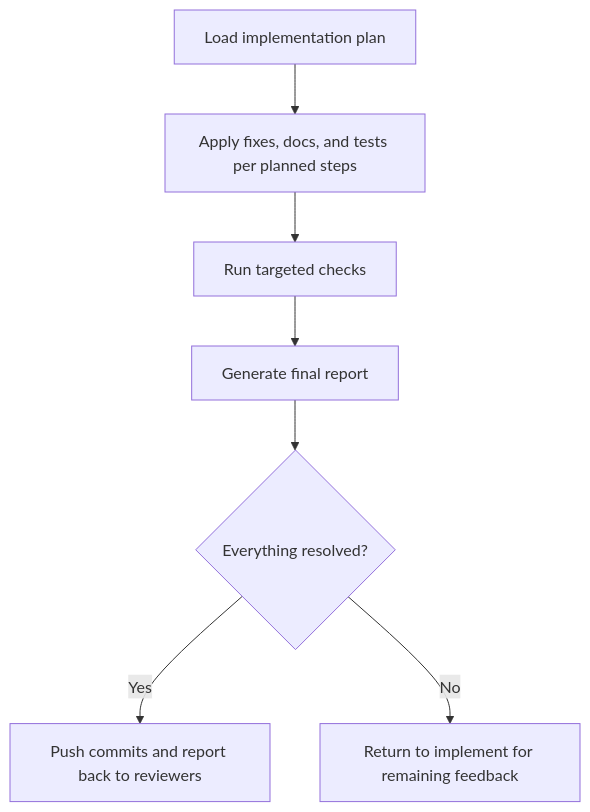
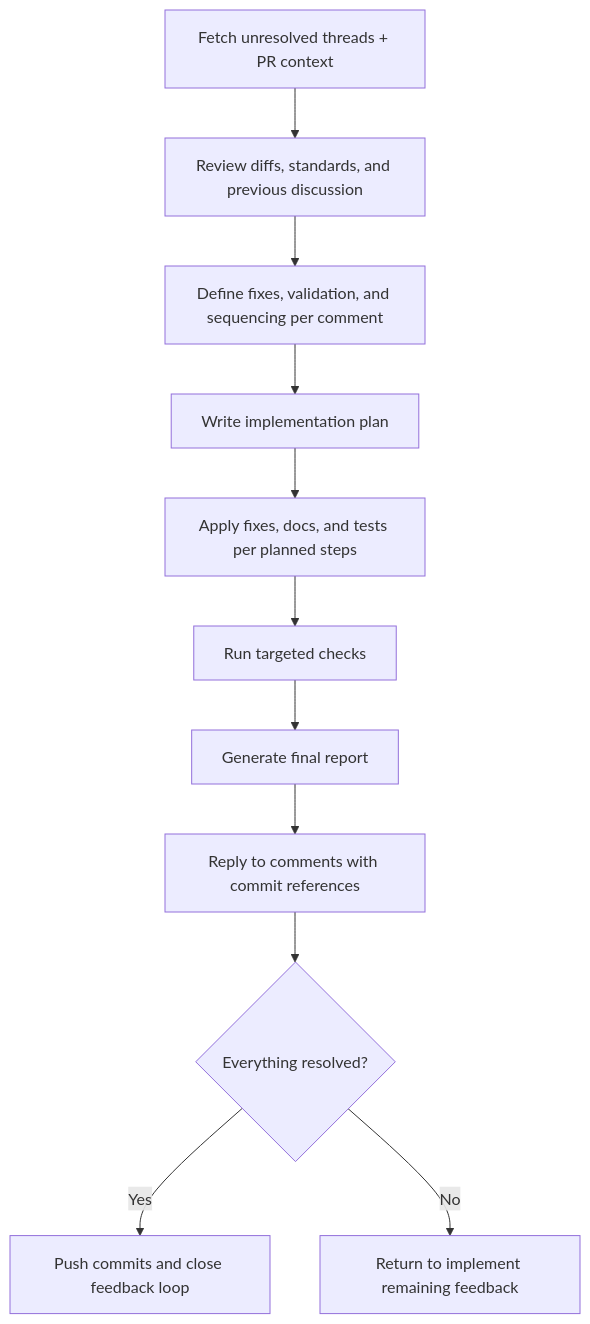
One commit to mkaczkowski/ai-command-library changed the third of 3 diagrams in README.md. Above: the diagram before and after it, drawn with Mermaid. The commit also changed other lines of this file, not shown here.

````diff
--- a/README.md
+++ b/README.md
@@ -184,10 +348,14 @@
 ```mermaid
 flowchart TD
-    Reconfirm[Load implementation plan]
-    Reconfirm --> Implement[Apply fixes, docs, and tests per planned steps]
+    Gather[Fetch unresolved threads + PR context]
+    Gather --> Study[Review diffs, standards, and previous discussion]
+    Study --> Strategize[Define fixes, validation, and sequencing per comment]
+    Strategize --> Document[Write implementation plan]
+    Document --> Implement[Apply fixes, docs, and tests per planned steps]
     Implement --> Validate[Run targeted checks]
     Validate --> Report[Generate final report]
-    Report --> Wrap{Everything resolved?}
-    Wrap -->|Yes| Share[Push commits and report back to reviewers]
-    Wrap -->|No| Loop[Return to implement for remaining feedback]
+    Report --> Reply[Reply to comments with commit references]
+    Reply --> Wrap{Everything resolved?}
+    Wrap -->|Yes| Share[Push commits and close feedback loop]
+    Wrap -->|No| Loop[Return to implement remaining feedback]
 ```
````
